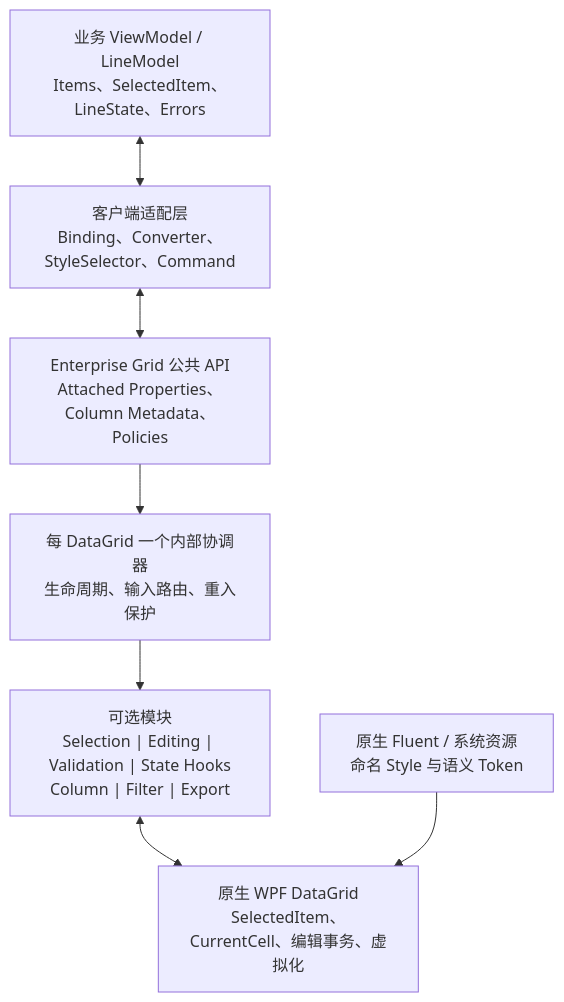
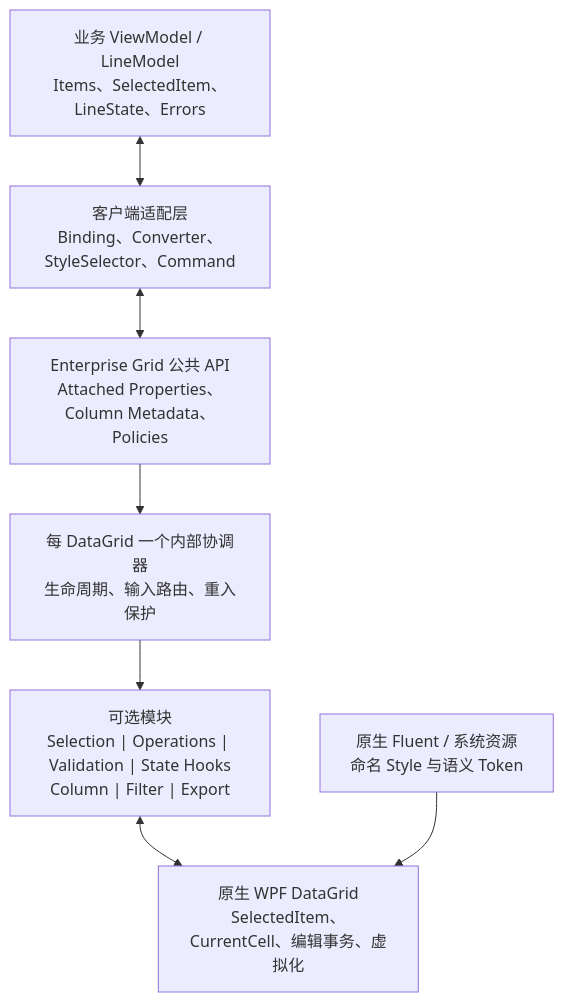
One commit to yanwei175/SwiftExport changed the first of 2 diagrams in .codex/skills/wpf-dotnet10-design/wpf-enterprise-grid/references/总体架构.md. Above: the diagram before and after it, drawn with Mermaid. The commit also changed other lines of this file and 68 other files, not shown here.

````diff
--- a/.codex/skills/wpf-dotnet10-design/wpf-enterprise-grid/references/总体架构.md
+++ b/.codex/skills/wpf-dotnet10-design/wpf-enterprise-grid/references/总体架构.md
@@ -45,17 +45,17 @@
 ```mermaid
 flowchart TB
     VM["业务 ViewModel / LineModel<br/>Items、SelectedItem、LineState、Errors"]
     ADAPTER["客户端适配层<br/>Binding、Converter、StyleSelector、Command"]
     API["Enterprise Grid 公共 API<br/>Attached Properties、Column Metadata、Policies"]
     COORD["每 DataGrid 一个内部协调器<br/>生命周期、输入路由、重入保护"]
-    MODULES["可选模块<br/>Selection | Editing | Validation | State Hooks<br/>Column | Filter | Export"]
+    MODULES["可选模块<br/>Selection | Operations | Validation | State Hooks<br/>Column | Filter | Export"]
     NATIVE["原生 WPF DataGrid<br/>SelectedItem、CurrentCell、编辑事务、虚拟化"]
     THEME["原生 Fluent / 系统资源<br/>命名 Style 与语义 Token"]
 
     VM <--> ADAPTER
     ADAPTER <--> API
     API --> COORD
     COORD --> MODULES
     MODULES <--> NATIVE
     THEME --> NATIVE
 ```
````
